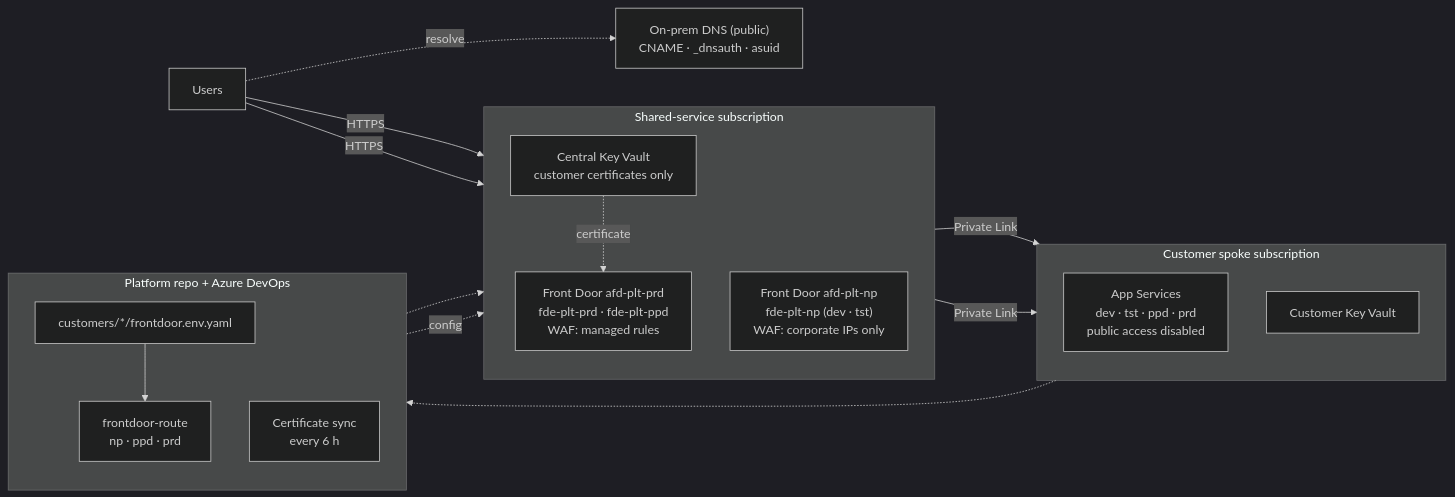
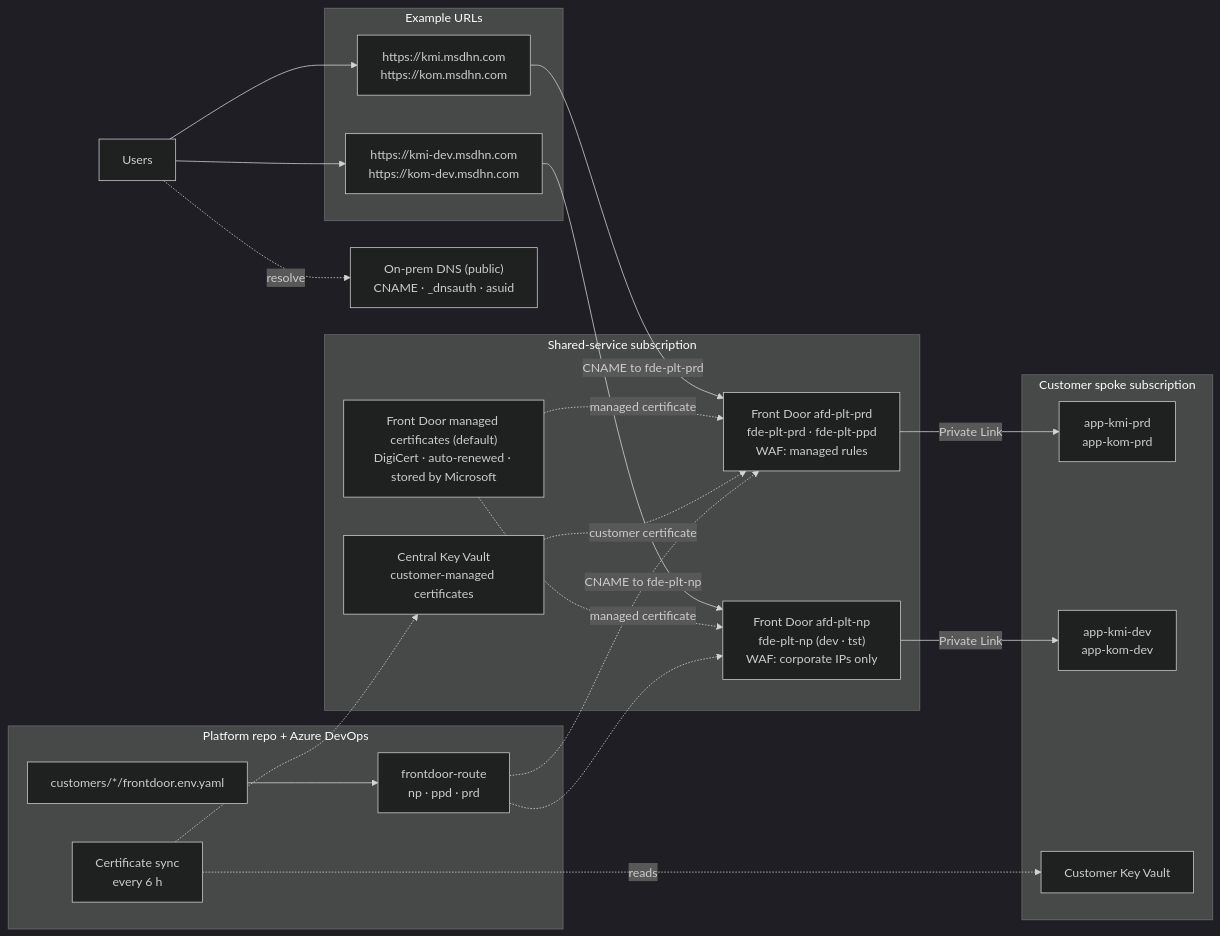
The diagram in architecture/frontdoor/frontdoor_architecture.mmd (msdhn/msdhn-projects), drawn with Mermaid (dark theme) before and after one commit. The commit also changed 6 other files, not shown here.

```diff
--- a/architecture/frontdoor/frontdoor_architecture.mmd
+++ b/architecture/frontdoor/frontdoor_architecture.mmd
@@ -1,35 +1,45 @@
 flowchart LR
     user["Users"]
     dns["On-prem DNS (public)<br/>CNAME · _dnsauth · asuid"]
 
+    subgraph urls["Example URLs"]
+        uprd["https://kmi.msdhn.com<br/>https://kom.msdhn.com"]
+        unp["https://kmi-dev.msdhn.com<br/>https://kom-dev.msdhn.com"]
+    end
+
     subgraph shared["Shared-service subscription"]
-        direction TB
         afdprd["Front Door afd-plt-prd<br/>fde-plt-prd · fde-plt-ppd<br/>WAF: managed rules"]
         afdnp["Front Door afd-plt-np<br/>fde-plt-np (dev · tst)<br/>WAF: corporate IPs only"]
-        kv["Central Key Vault<br/>customer certificates only"]
+        mcert["Front Door managed certificates (default)<br/>DigiCert · auto-renewed · stored by Microsoft"]
+        kv["Central Key Vault<br/>customer-managed certificates"]
     end
 
     subgraph spoke["Customer spoke subscription"]
-        direction TB
-        app["App Services<br/>dev · tst · ppd · prd<br/>public access disabled"]
+        aprd["app-kmi-prd<br/>app-kom-prd"]
+        anp["app-kmi-dev<br/>app-kom-dev"]
         ckv["Customer Key Vault"]
     end
 
     subgraph ops["Platform repo + Azure DevOps"]
-        direction TB
         cfg["customers/*/frontdoor.env.yaml"]
         route["frontdoor-route<br/>np · ppd · prd"]
         sync["Certificate sync<br/>every 6 h"]
     end
 
     user -.->|resolve| dns
-    user -->|HTTPS| afdprd
-    user -->|HTTPS| afdnp
-    afdprd -->|Private Link| app
-    afdnp -->|Private Link| app
-    kv -.->|certificate| afdprd
+    user --> uprd
+    user --> unp
+    uprd -->|CNAME to fde-plt-prd| afdprd
+    unp -->|CNAME to fde-plt-np| afdnp
+    afdprd -->|Private Link| aprd
+    afdnp -->|Private Link| anp
+
+    mcert -.->|managed certificate| afdprd
+    mcert -.->|managed certificate| afdnp
+    kv -.->|customer certificate| afdprd
 
     cfg --> route
-    route -.->|config| shared
-    ckv -.-> sync
+    route -.-> afdprd
+    route -.-> afdnp
+    sync -.->|reads| ckv
     sync -.-> kv
```
